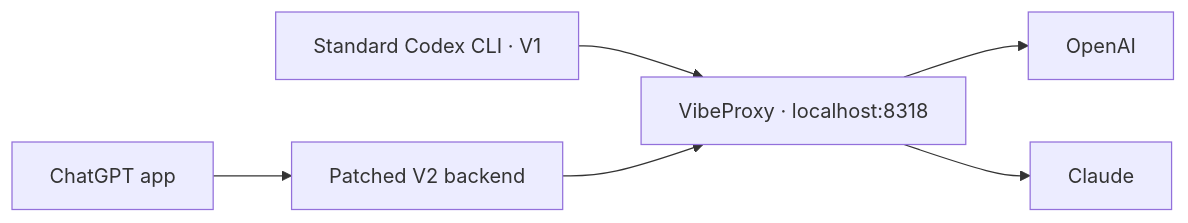
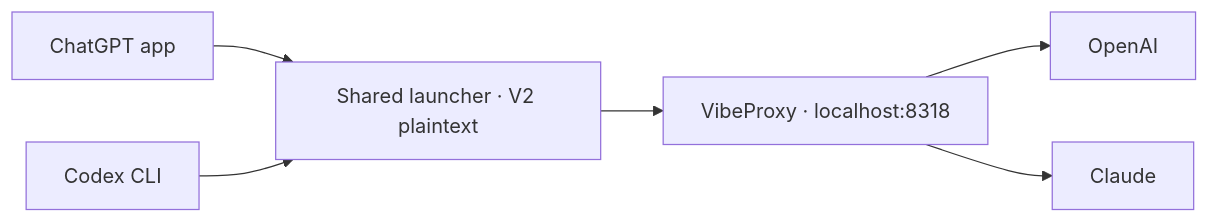
One commit to cgasgarth/codex changed the diagram in readme.md. Above: the diagram before and after it, drawn with Mermaid. The commit also changed other lines of this file and 4 other files, not shown here.

Commit message:
Use one launcher and configuration for app and CLI

````diff
--- a/readme.md
+++ b/readme.md
@@ -5,8 +5,8 @@
 ```mermaid
 flowchart LR
-    App[ChatGPT app] --> Patch[Patched V2 backend]
-    CLI[Standard Codex CLI · V1] --> Proxy
-    Patch --> Proxy[VibeProxy · localhost:8318]
+    App[ChatGPT app] --> Launcher[Shared launcher · V2 plaintext]
+    CLI[Codex CLI] --> Launcher
+    Launcher --> Proxy[VibeProxy · localhost:8318]
     Proxy --> OpenAI
     Proxy --> Claude
 ```
````
